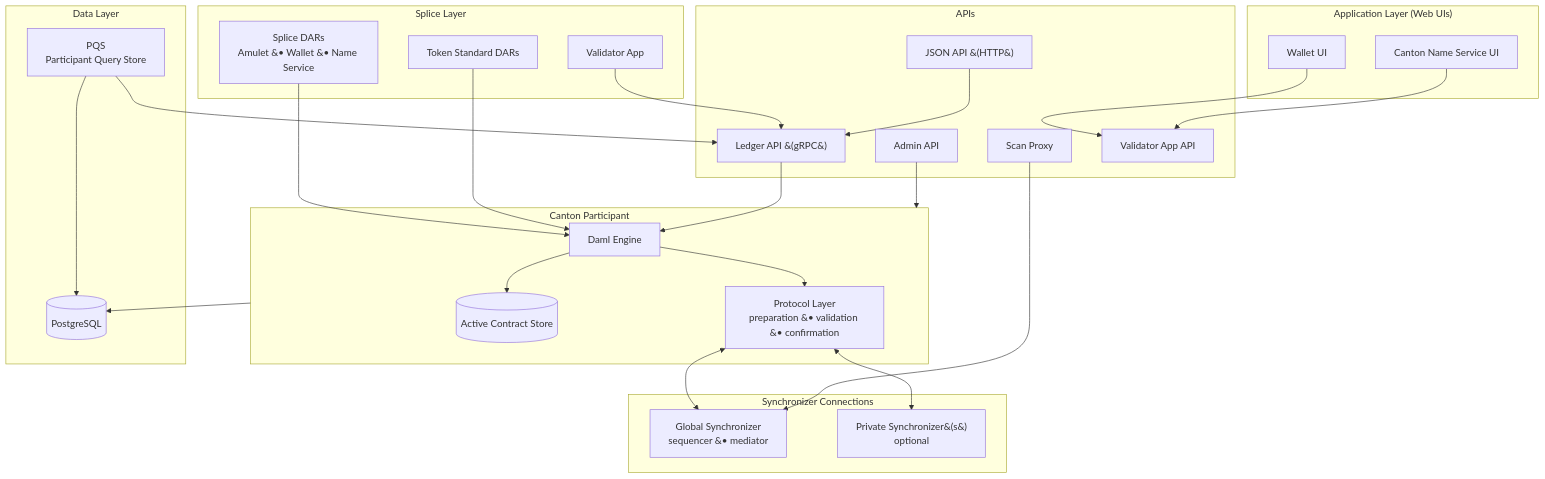
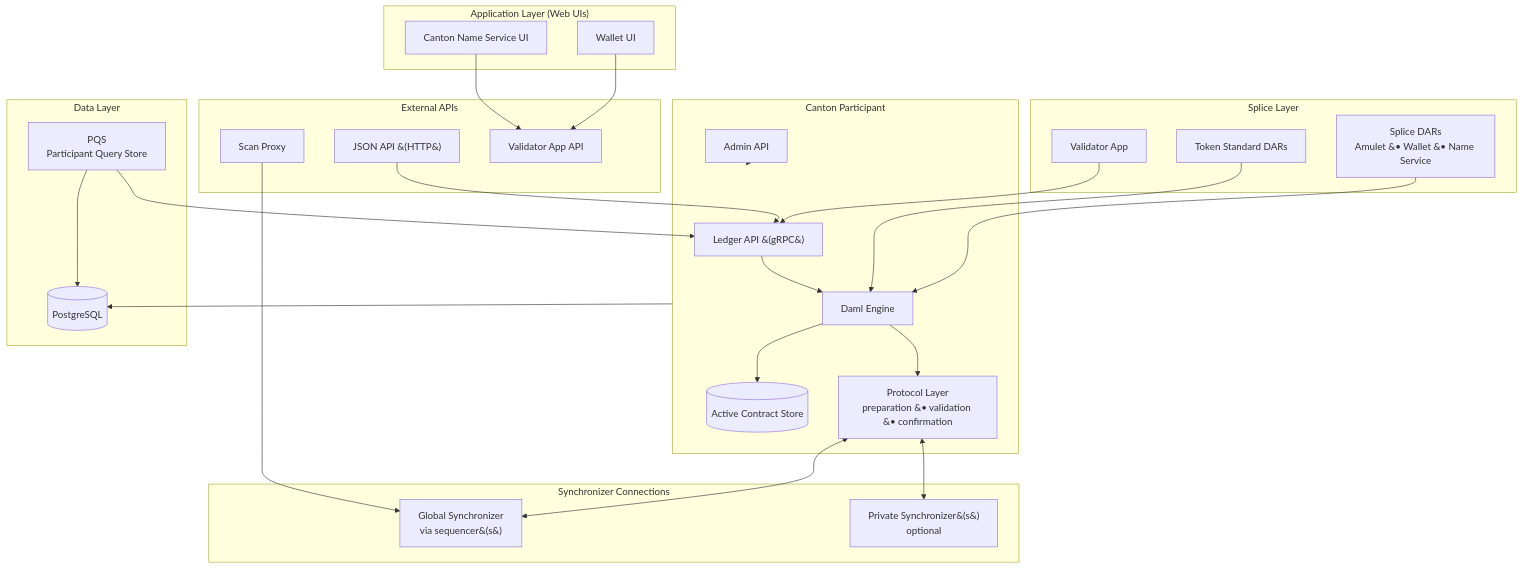
Before and after one commit to canton-network/cf-docs: the diagram in docs-main/overview/reference/validator-node-components.mdx, drawn with Mermaid. The commit also changed other lines of this file and 1 other file, not shown here.

````diff
--- a/docs-main/overview/reference/validator-node-components.mdx
+++ b/docs-main/overview/reference/validator-node-components.mdx
@@ -10,54 +10,54 @@
 ```mermaid
 flowchart TB
     subgraph UI["Application Layer (Web UIs)"]
         WUI[Wallet UI]
         CNSUI[Canton Name Service UI]
     end
 
     subgraph SPLICE["Splice Layer"]
         VAPP[Validator App]
         SDARS[Splice DARs<br>Amulet &#8226; Wallet &#8226; Name Service]
         TSDARS[Token Standard DARs]
     end
 
     subgraph PARTICIPANT["Canton Participant"]
+        LAPI[Ledger API &#40;gRPC&#41;]
+        AAPI[Admin API]
         ENGINE[Daml Engine]
         ACS[(Active Contract Store)]
         PROTO[Protocol Layer<br>preparation &#8226; validation &#8226; confirmation]
     end
 
-    subgraph APIS["APIs"]
-        LAPI[Ledger API &#40;gRPC&#41;]
+    subgraph APIS["External APIs"]
         JAPI[JSON API &#40;HTTP&#41;]
-        AAPI[Admin API]
         SCANP[Scan Proxy]
         VALAPI[Validator App API]
     end
 
     subgraph DATA["Data Layer"]
         PG[(PostgreSQL)]
         PQS[PQS<br>Participant Query Store]
     end
 
     subgraph SYNC["Synchronizer Connections"]
-        GS[Global Synchronizer<br>sequencer &#8226; mediator]
+        GS[Global Synchronizer<br>via sequencer&#40;s&#41;]
         PS[Private Synchronizer&#40;s&#41;<br>optional]
     end
 
     WUI --> VALAPI
     CNSUI --> VALAPI
     VAPP --> LAPI
     SDARS --> ENGINE
     TSDARS --> ENGINE
     ENGINE --> ACS
     ENGINE --> PROTO
     PROTO <--> GS
     PROTO <--> PS
     LAPI --> ENGINE
     JAPI --> LAPI
     AAPI --> PARTICIPANT
     SCANP --> GS
     PARTICIPANT --> PG
     PQS --> LAPI
     PQS --> PG
 ```
````
